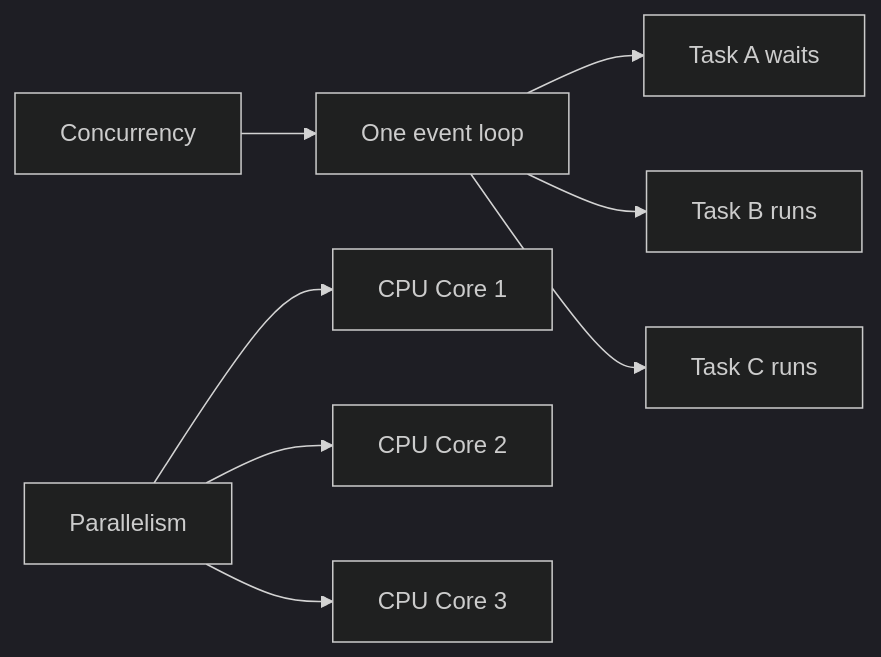
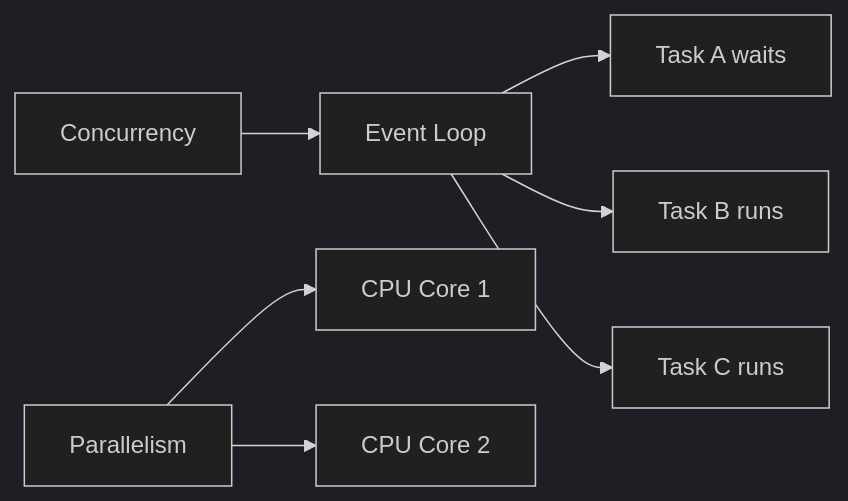
Before and after one commit to AvadhBhalodiya/Interview-Preparation: the first of 8 diagrams in src/content/fastapi/async-endpoints.md, drawn with Mermaid (dark theme). The commit also changed other lines of this file and 80 other files, not shown here.

````diff
--- a/src/content/fastapi/async-endpoints.md
+++ b/src/content/fastapi/async-endpoints.md
@@ -104,11 +63,10 @@
 ```mermaid
 flowchart LR
-    A[Concurrency] --> B[One event loop]
+    A[Concurrency] --> B[Event Loop]
     B --> C[Task A waits]
     B --> D[Task B runs]
     B --> E[Task C runs]
 
     F[Parallelism] --> G[CPU Core 1]
     F --> H[CPU Core 2]
-    F --> I[CPU Core 3]
 ```
````
